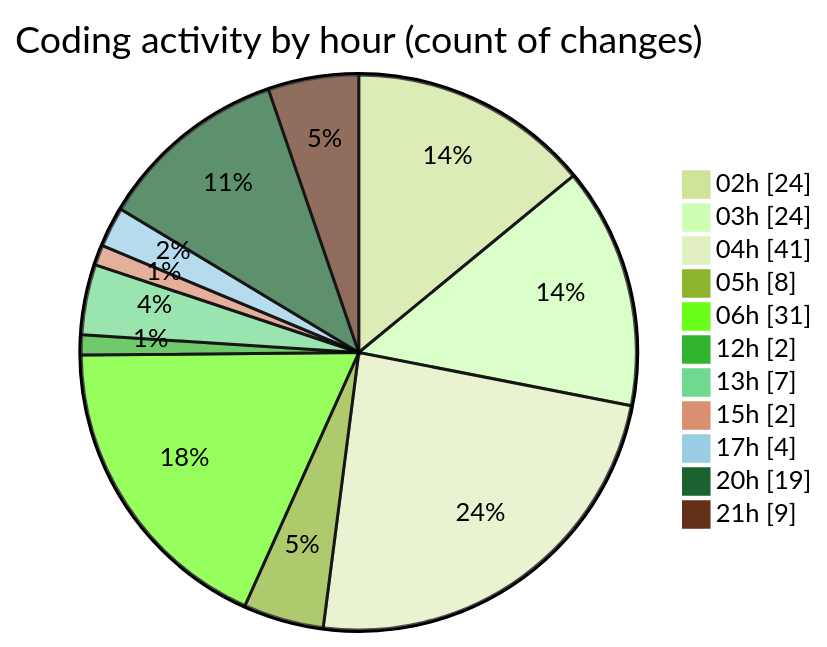
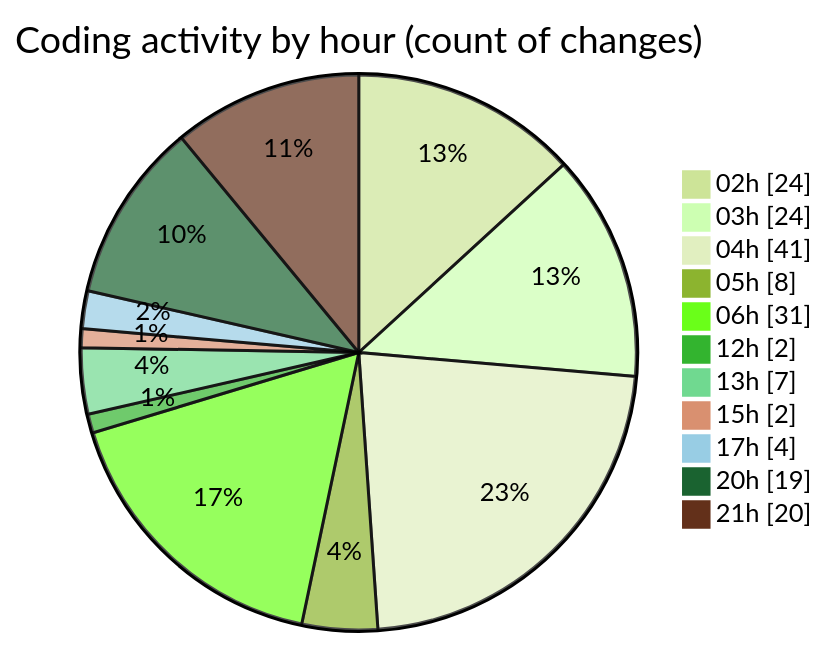
The second of 2 diagrams in 2025-07-23/quanlyrapchieuphim/README.md (lephambinh05/code-tracking), drawn with Mermaid (forest theme) before and after one commit. The commit also changed other lines of this file and 1 other file, not shown here.

````diff
--- a/2025-07-23/quanlyrapchieuphim/README.md
+++ b/2025-07-23/quanlyrapchieuphim/README.md
@@ -44,15 +44,15 @@
 ```mermaid
 pie showData
 title Coding activity by hour (count of changes)
 "02h" : 24
 "03h" : 24
 "04h" : 41
 "05h" : 8
 "06h" : 31
 "12h" : 2
 "13h" : 7
 "15h" : 2
 "17h" : 4
 "20h" : 19
-"21h" : 9
+"21h" : 20
 ```
````
